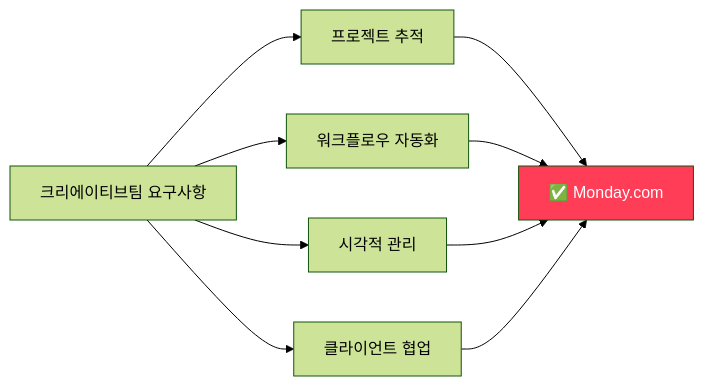
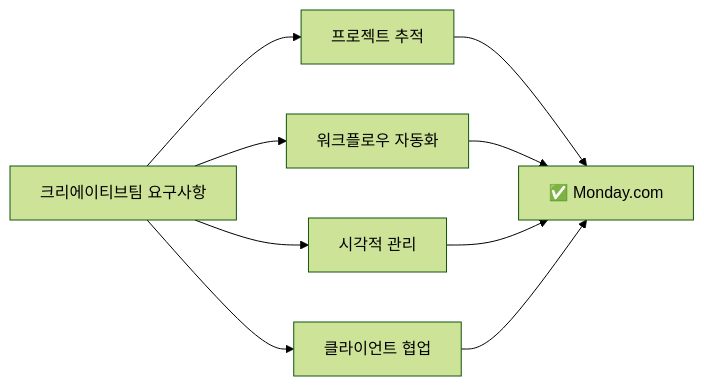
One commit to nugurejeil/weniVooks changed diagram 14 of 20 in _md/genai-notion/chapter06/06-2.md. Above: the diagram before and after it, drawn with Mermaid (forest theme). The commit also changed other lines of this file and 187 other files, not shown here.

````diff
--- a/_md/genai-notion/chapter06/06-2.md
+++ b/_md/genai-notion/chapter06/06-2.md
@@ -671,14 +650,12 @@
 ```mermaid
 graph LR
     A[크리에이티브팀 요구사항] --> B[프로젝트 추적]
     A --> C[워크플로우 자동화]
     A --> D[시각적 관리]
     A --> E[클라이언트 협업]
 
     B --> F[✅ Monday.com]
     C --> F
     D --> F
     E --> F
-
-    style F fill:#FF3D57,color:#fff
 ```
````
